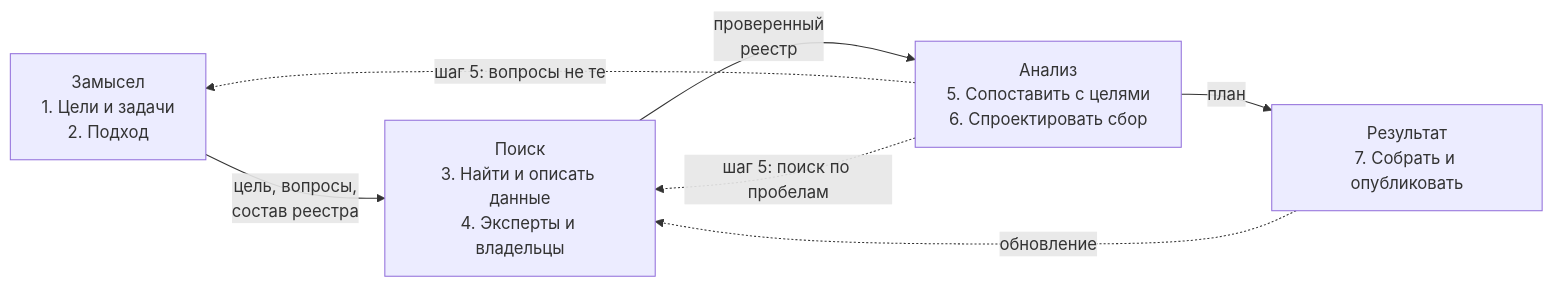
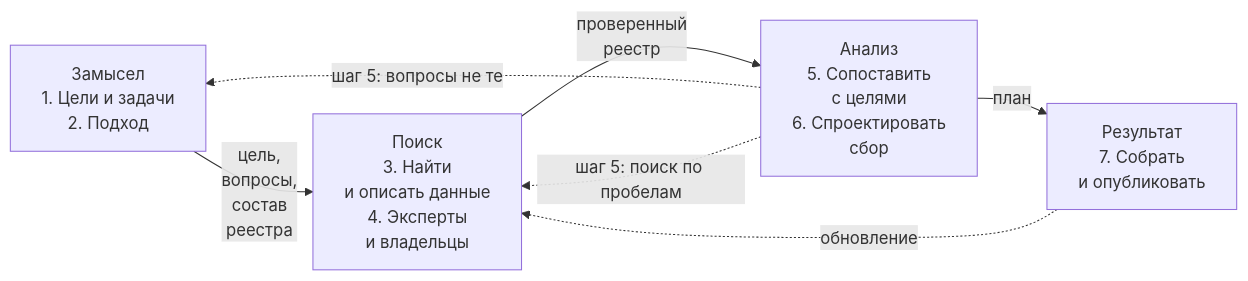
Before and after one commit to ivbeg/data-inventory: the diagram in docs/03-process/01-steps.md, drawn with Mermaid. The commit also changed 34 other files, not shown here.

First line of the commit message:
Читаемая карта от продукта и единый размер схем в PDF

````diff
--- a/docs/03-process/01-steps.md
+++ b/docs/03-process/01-steps.md
@@ -53,9 +53,17 @@
 ```mermaid
+---
+config:
+  layout: dagre
+  flowchart:
+    rankSpacing: 30
+    nodeSpacing: 30
+    minNodeWidth: 40
+---
 flowchart LR
-  A["Замысел<br/>1. Цели и задачи<br/>2. Подход"] -- "цель, вопросы,<br/>состав реестра" --> B["Поиск<br/>3. Найти и описать данные<br/>4. Эксперты и владельцы"]
-  B -- "проверенный<br/>реестр" --> C["Анализ<br/>5. Сопоставить с целями<br/>6. Спроектировать сбор"]
-  C -- "план" --> D["Результат<br/>7. Собрать и опубликовать"]
+  A["Замысел<br/>1. Цели и задачи<br/>2. Подход"] -- "цель,<br/>вопросы,<br/>состав<br/>реестра" --> B["Поиск<br/>3. Найти<br/>и описать данные<br/>4. Эксперты<br/>и владельцы"]
+  B -- "проверенный<br/>реестр" --> C["Анализ<br/>5. Сопоставить<br/>с целями<br/>6. Спроектировать<br/>сбор"]
+  C -- "план" --> D["Результат<br/>7. Собрать<br/>и опубликовать"]
   C -. "шаг 5: вопросы не те" .-> A
   C -. "шаг 5: поиск по пробелам" .-> B
   D -. "обновление" .-> B
 ```
````
